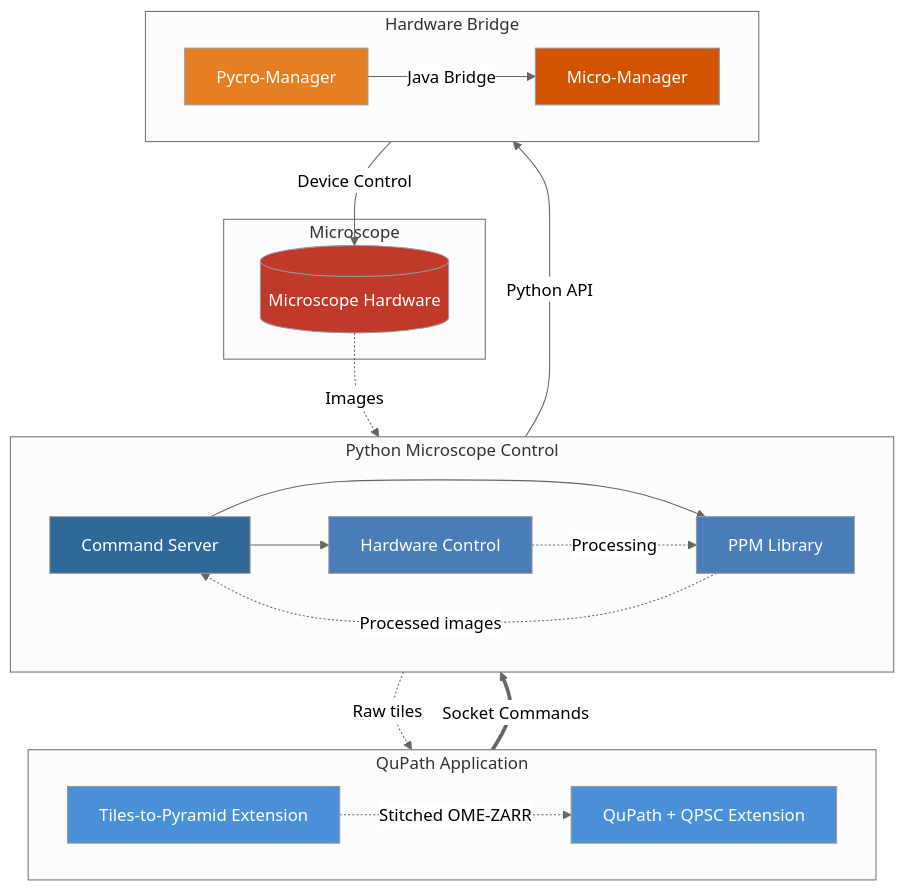
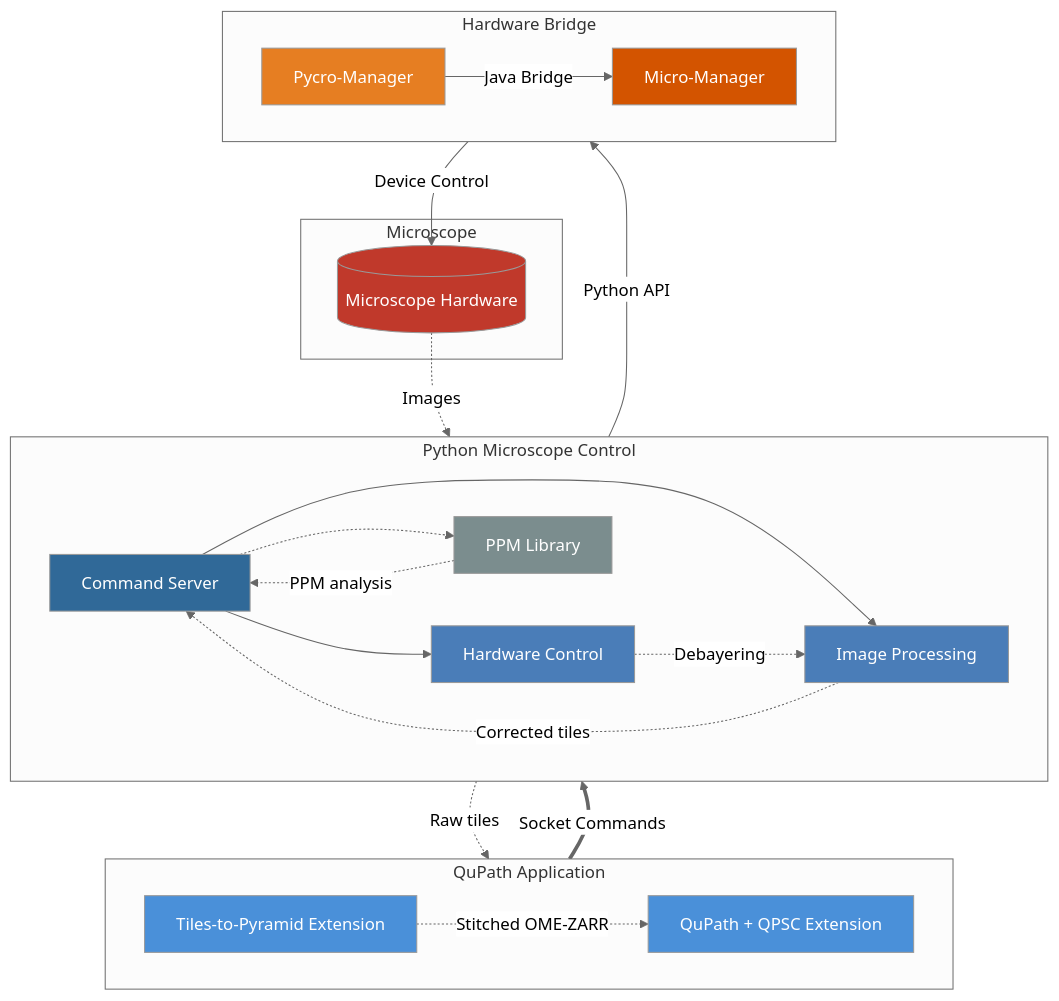
The first of 3 diagrams in README.md (uw-loci/QPSC), drawn with Mermaid (neutral theme) before and after one commit. The commit also changed other lines of this file, not shown here.

Commit message:
Add microscope_imageprocessing to system overview diagram and repo table

````diff
--- a/README.md
+++ b/README.md
@@ -19,55 +19,60 @@
 ```mermaid
 flowchart TB
     subgraph QuPath["QuPath Application"]
         direction LR
         QP["QuPath + QPSC Extension"]
         T2P["Tiles-to-Pyramid Extension"]
     end
 
     subgraph Python["Python Microscope Control"]
         direction LR
         SRV["Command Server"]
         CTRL["Hardware Control"]
+        IMP["Image Processing"]
         PPM["PPM Library"]
     end
 
     subgraph Bridge["Hardware Bridge"]
         direction LR
         PM["Pycro-Manager"]
         MM["Micro-Manager"]
     end
 
     subgraph Hardware["Microscope"]
         HW[("Microscope Hardware")]
     end
 
     QP ==>|"Socket Commands"| SRV
     SRV --> CTRL
-    SRV --> PPM
+    SRV --> IMP
+    SRV -.-> PPM
     CTRL -->|"Python API"| PM
     PM -->|"Java Bridge"| MM
     MM -->|"Device Control"| HW
 
     HW -.->|"Images"| CTRL
-    CTRL -.->|"Processing"| PPM
-    PPM -.->|"Processed images"| SRV
+    CTRL -.->|"Debayering"| IMP
+    IMP -.->|"Corrected tiles"| SRV
+    PPM -.->|"PPM analysis"| SRV
     SRV -.->|"Raw tiles"| T2P
     T2P -.->|"Stitched OME-ZARR"| QP
 
     style QP fill:#4A90D9,color:#fff
     style T2P fill:#4A90D9,color:#fff
     style SRV fill:#306998,color:#fff
     style CTRL fill:#4A7DB8,color:#fff
-    style PPM fill:#4A7DB8,color:#fff
+    style IMP fill:#4A7DB8,color:#fff
+    style PPM fill:#7B8D8E,color:#fff
     style PM fill:#E67E22,color:#fff
     style MM fill:#D35400,color:#fff
     style HW fill:#C0392B,color:#fff
 
     click QP "https://github.com/uw-loci/qupath-extension-qpsc" "QPSC Extension Repository"
     click T2P "https://github.com/uw-loci/qupath-extension-tiles-to-pyramid" "Tiles-to-Pyramid Extension Repository"
     click SRV "https://github.com/uw-loci/microscope_command_server" "Command Server Repository"
     click CTRL "https://github.com/uw-loci/microscope_control" "Hardware Control Repository"
+    click IMP "https://github.com/uw-loci/microscope_imageprocessing" "Image Processing Repository"
     click PPM "https://github.com/uw-loci/ppm_library" "PPM Library Repository"
     click PM "https://pycro-manager.readthedocs.io/" "Pycro-Manager Documentation"
     click MM "https://micro-manager.org/" "Micro-Manager Website"
 ```
````
